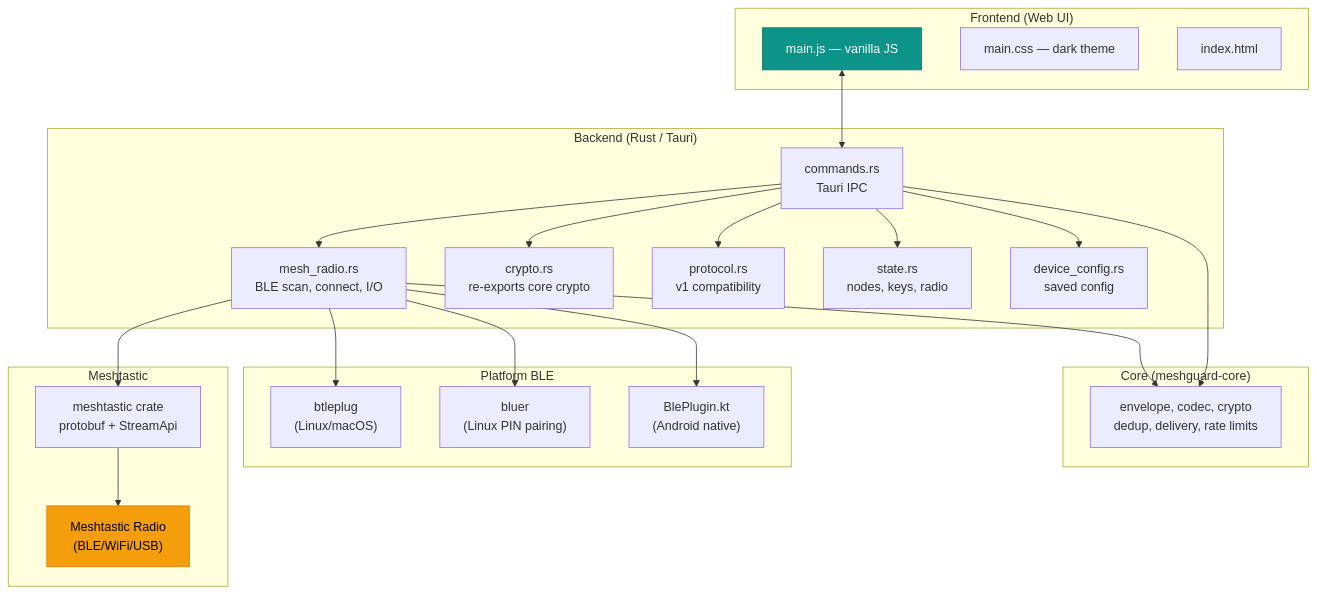
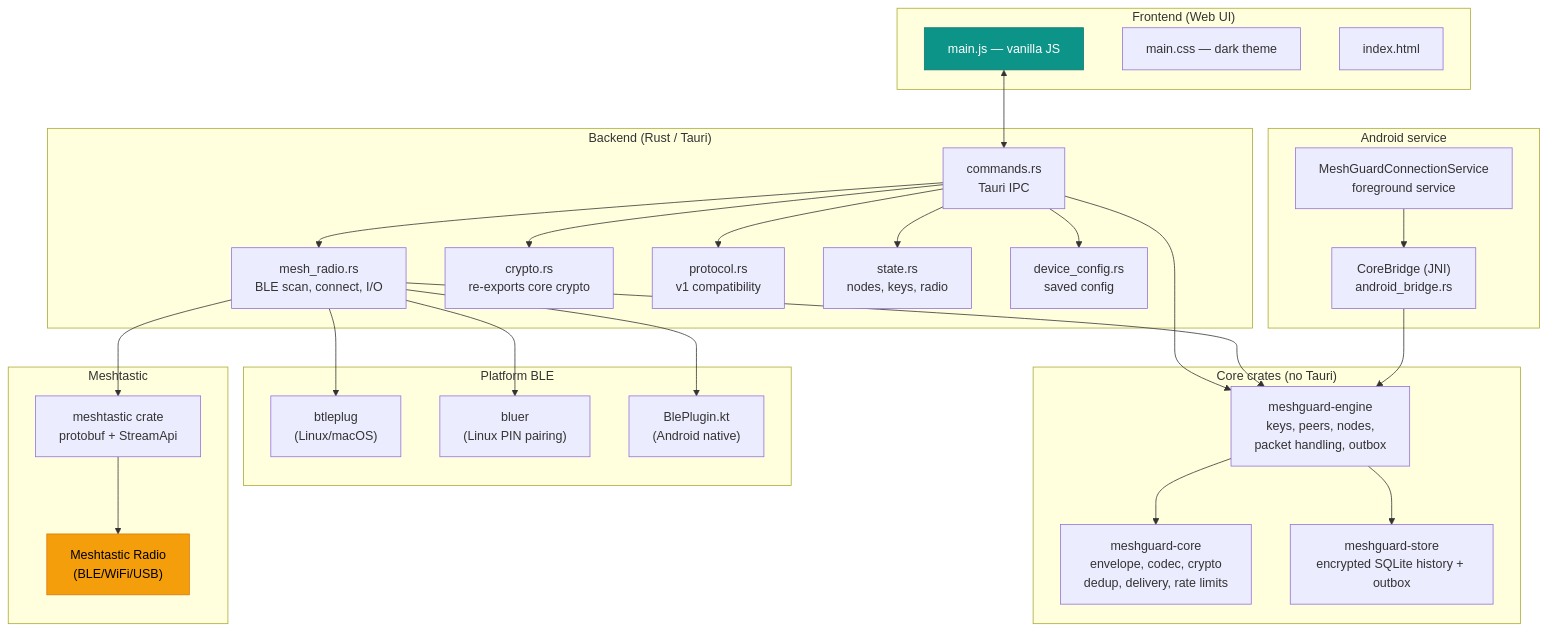
Before and after one commit to nemke82/meshguard: the sixth of 6 diagrams in README.md, drawn with Mermaid. The commit also changed other lines of this file and 2 other files, not shown here.

````diff
--- a/README.md
+++ b/README.md
@@ -228,49 +232,60 @@
 ```mermaid
 graph TB
     subgraph "Frontend (Web UI)"
         UI["main.js — vanilla JS"]
         CSS["main.css — dark theme"]
         HTML["index.html"]
     end
 
-    subgraph "Core (meshguard-core)"
-        CORE["envelope, codec, crypto<br/>dedup, delivery, rate limits"]
+    subgraph "Core crates (no Tauri)"
+        CORE["meshguard-core<br/>envelope, codec, crypto<br/>dedup, delivery, rate limits"]
+        STORE["meshguard-store<br/>encrypted SQLite history + outbox"]
+        ENGINE["meshguard-engine<br/>keys, peers, nodes,<br/>packet handling, outbox"]
+    end
+
+    subgraph "Android service"
+        SVC["MeshGuardConnectionService<br/>foreground service"]
+        BRIDGE["CoreBridge (JNI)<br/>android_bridge.rs"]
     end
 
     subgraph "Backend (Rust / Tauri)"
         CMD["commands.rs<br/>Tauri IPC"]
         RADIO["mesh_radio.rs<br/>BLE scan, connect, I/O"]
         CRYPTO["crypto.rs<br/>re-exports core crypto"]
         PROTO["protocol.rs<br/>v1 compatibility"]
         STATE["state.rs<br/>nodes, keys, radio"]
         CFG["device_config.rs<br/>saved config"]
     end
 
     subgraph "Platform BLE"
         BTLEPLUG["btleplug<br/>(Linux/macOS)"]
         BLUER["bluer<br/>(Linux PIN pairing)"]
         KOTLIN["BlePlugin.kt<br/>(Android native)"]
     end
 
     subgraph "Meshtastic"
         CRATE["meshtastic crate<br/>protobuf + StreamApi"]
         DEVICE["Meshtastic Radio<br/>(BLE/WiFi/USB)"]
     end
 
     UI <--> CMD
     CMD --> RADIO
     CMD --> CRYPTO
     CMD --> PROTO
     CMD --> STATE
     CMD --> CFG
-    CMD --> CORE
-    RADIO --> CORE
+    CMD --> ENGINE
+    RADIO --> ENGINE
+    ENGINE --> CORE
+    ENGINE --> STORE
+    SVC --> BRIDGE
+    BRIDGE --> ENGINE
     RADIO --> CRATE
     RADIO --> BTLEPLUG
     RADIO --> BLUER
     RADIO --> KOTLIN
     CRATE --> DEVICE
 
     style UI fill:#0d9488,stroke:#0f766e,color:#fff
     style DEVICE fill:#f59e0b,stroke:#d97706,color:#000
 ```
````
